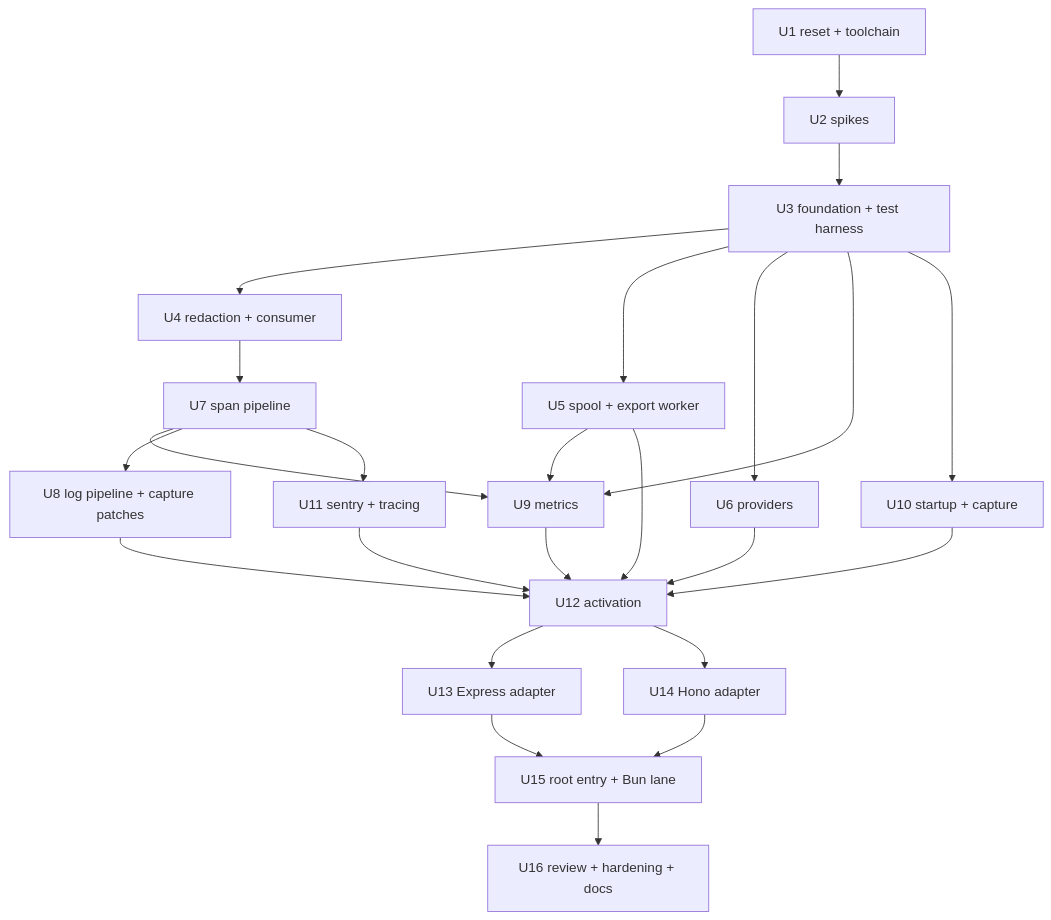
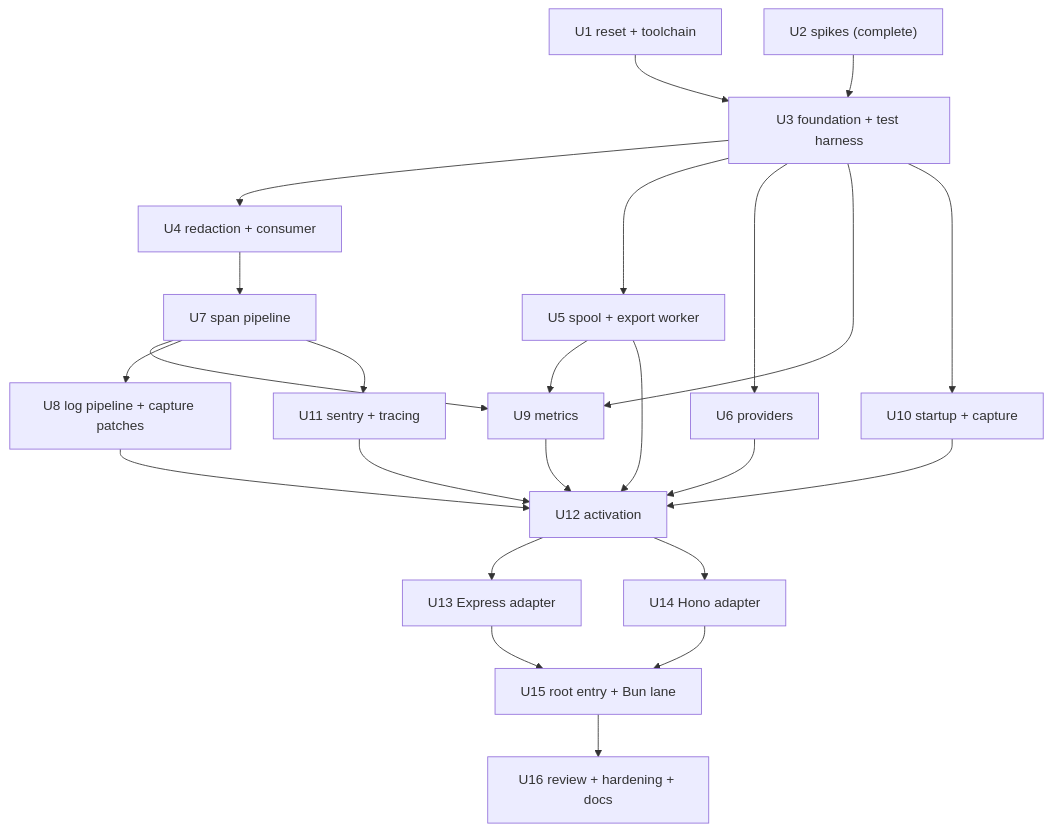
Before and after one commit to apitally/apitally-js: the diagram in v1/plan.md, drawn with Mermaid. The commit also changed other lines of this file and 2 other files, not shown here.

````diff
--- a/v1/plan.md
+++ b/v1/plan.md
@@ -86,26 +86,26 @@
 ```mermaid
 flowchart TB
-  U1[U1 reset + toolchain] --> U2[U2 spikes]
-  U2 --> U3[U3 foundation + test harness]
+  U1[U1 reset + toolchain] --> U3[U3 foundation + test harness]
+  U2["U2 spikes (complete)"] --> U3
   U3 --> U4[U4 redaction + consumer]
   U3 --> U5[U5 spool + export worker]
   U3 --> U6[U6 providers]
   U3 --> U9[U9 metrics]
   U5 --> U9
   U7 --> U9
   U3 --> U10[U10 startup + capture]
   U4 --> U7[U7 span pipeline]
   U7 --> U8[U8 log pipeline + capture patches]
   U7 --> U11[U11 sentry + tracing]
   U5 --> U12[U12 activation]
   U6 --> U12
   U8 --> U12
   U9 --> U12
   U10 --> U12
   U11 --> U12
   U12 --> U13[U13 Express adapter]
   U12 --> U14[U14 Hono adapter]
   U13 --> U15[U15 root entry + Bun lane]
   U14 --> U15
   U15 --> U16[U16 review + hardening + docs]
 ```
````
